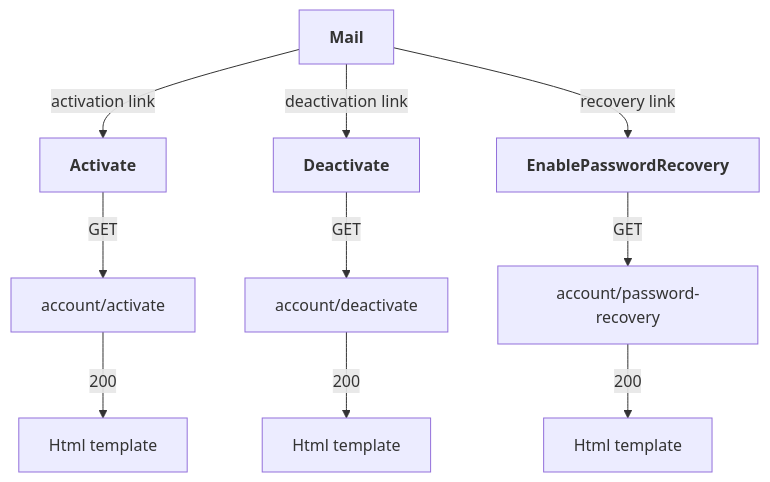
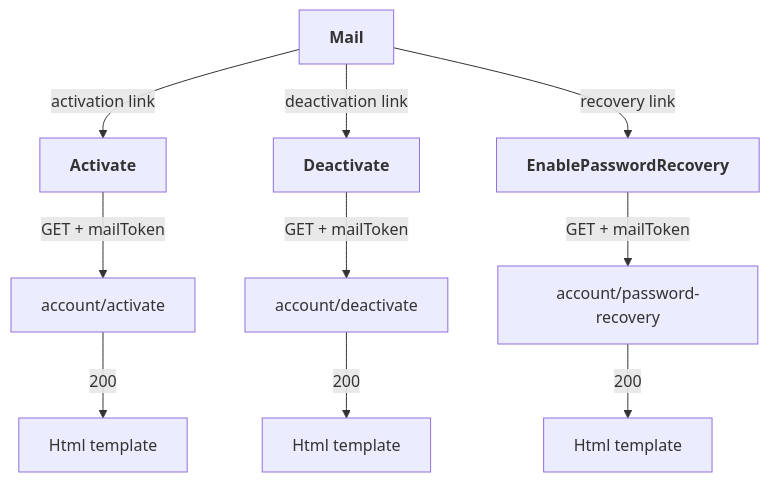
Before and after one commit to Karmello/ask-the-world-api: the second of 10 diagrams in README.md, drawn with Mermaid.

````diff
--- a/README.md
+++ b/README.md
@@ -16,6 +16,6 @@
 ```mermaid
 flowchart
-ROOT[<b>Mail</b>] --> |activation link|A1[<b>Activate</b>] --> |GET|A2[account/activate] --> |200|A3[Html template]
-ROOT --> |deactivation link|B1[<b>Deactivate</b>] --> |GET|B2[account/deactivate] --> |200|B3[Html template]
-ROOT --> |recovery link|C1[<b>EnablePasswordRecovery</b>] --> |GET|C2[account/password-recovery] --> |200|C3[Html template]
+ROOT[<b>Mail</b>] --> |activation link|A1[<b>Activate</b>] --> |GET + mailToken|A2[account/activate] --> |200|A3[Html template]
+ROOT --> |deactivation link|B1[<b>Deactivate</b>] --> |GET + mailToken|B2[account/deactivate] --> |200|B3[Html template]
+ROOT --> |recovery link|C1[<b>EnablePasswordRecovery</b>] --> |GET + mailToken|C2[account/password-recovery] --> |200|C3[Html template]
 ```
````
